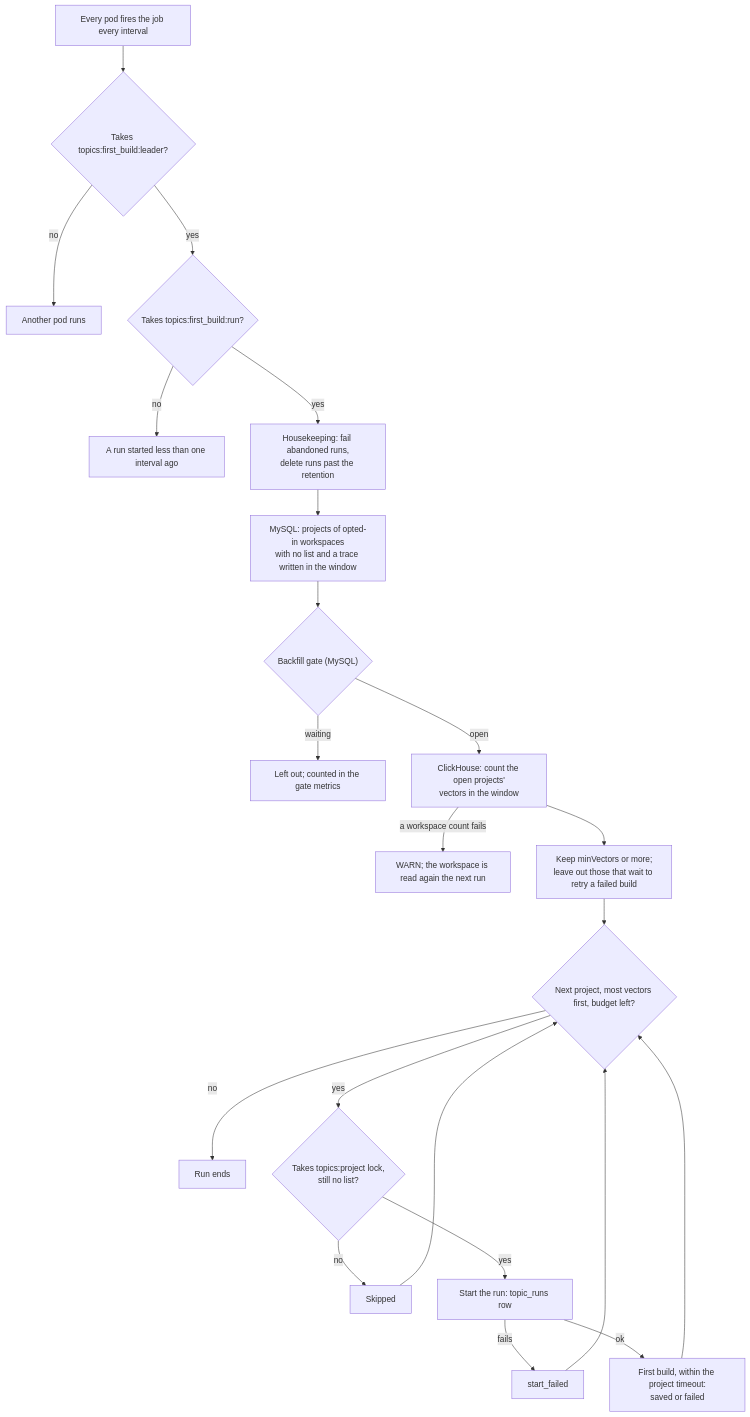
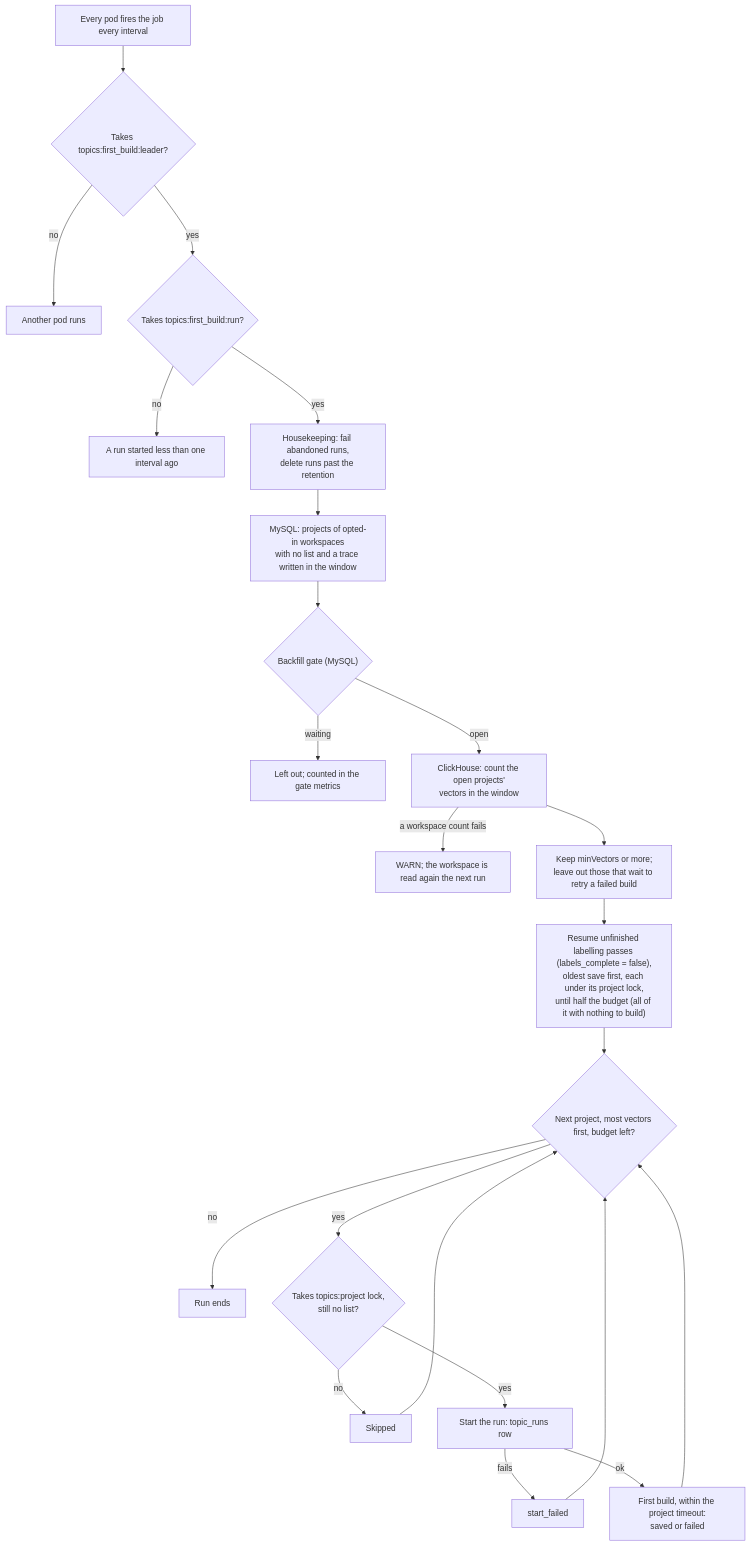
The diagram in apps/opik-backend/docs/ai-labels-runbook.md (comet-ml/opik), drawn with Mermaid before and after one commit. The commit also changed other lines of this file and 14 other files, not shown here.

First line of the commit message:
[OPIK-8987] [BE] feat(topics): the first-build job finishes an unfinished labelling pass

````diff
--- a/apps/opik-backend/docs/ai-labels-runbook.md
+++ b/apps/opik-backend/docs/ai-labels-runbook.md
@@ -157,24 +157,25 @@
 ```mermaid
 flowchart TD
     A["Every pod fires the job every interval"] --> B{"Takes topics:first_build:leader?"}
     B -->|no| B1["Another pod runs"]
     B -->|yes| R{"Takes topics:first_build:run?"}
     R -->|no| R1["A run started less than one interval ago"]
     R -->|yes| C["Housekeeping: fail abandoned runs,<br/>delete runs past the retention"]
     C --> D["MySQL: projects of opted-in workspaces<br/>with no list and a trace written in the window"]
     D --> E{"Backfill gate (MySQL)"}
     E -->|waiting| E1["Left out; counted in the gate metrics"]
     E -->|open| F["ClickHouse: count the open projects'<br/>vectors in the window"]
     F -->|a workspace count fails| F1["WARN; the workspace is read again the next run"]
     F --> G["Keep minVectors or more;<br/>leave out those that wait to retry a failed build"]
-    G --> H{"Next project, most vectors first, budget left?"}
+    G --> L["Resume unfinished labelling passes (labels_complete = false),<br/>oldest save first, each under its project lock,<br/>until half the budget (all of it with nothing to build)"]
+    L --> H{"Next project, most vectors first, budget left?"}
     H -->|no| M["Run ends"]
     H -->|yes| I{"Takes topics:project lock,<br/>still no list?"}
     I -->|no| I1["Skipped"]
     I -->|yes| J["Start the run: topic_runs row"]
     J -->|fails| J1["start_failed"]
     J -->|ok| K["First build, within the project timeout:<br/>saved or failed"]
     K --> H
     I1 --> H
     J1 --> H
 ```
````
